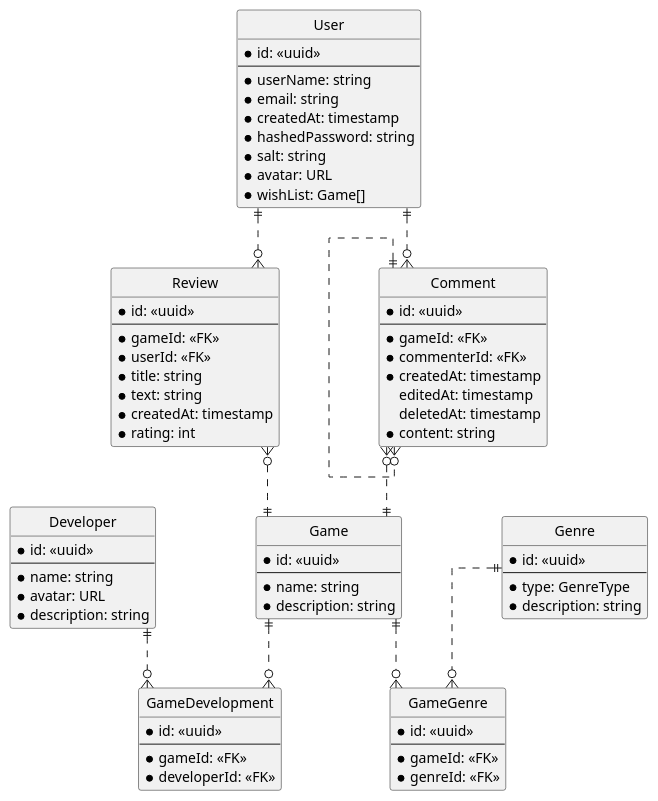
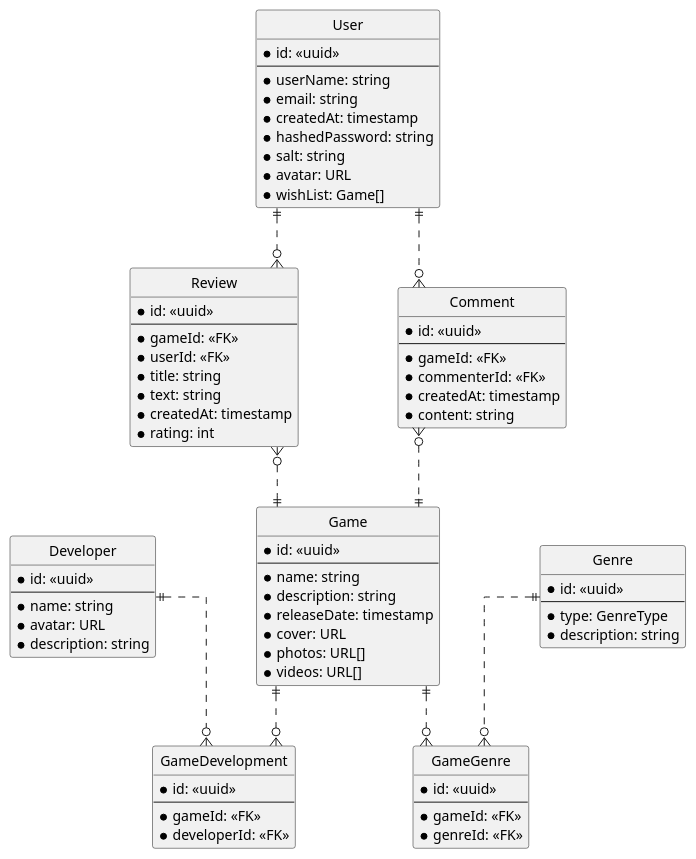
The diagram in ERD/webdev.puml (nouzaj23/Czech-Slovak_Game_Database), drawn with PlantUML before and after one commit. The commit also changed 1 other file, not shown here.

Commit message:
fix(ERD): Updating ERD

```diff
--- a/ERD/webdev.puml
+++ b/ERD/webdev.puml
@@ -1,89 +1,90 @@
 @startuml gamedev
 
 hide circle
 skinparam Linetype ortho
 skinparam Ranksep 60
 skinparam Nodesep 100
 
 entity Review {
     * id: <<uuid>>
     ---
     * gameId: <<FK>>
     * userId: <<FK>>
     * title: string
     * text: string
     * createdAt: timestamp
     * rating: int
 }
 
 entity Comment {
     * id: <<uuid>>
     ---
     * gameId: <<FK>>
     * commenterId: <<FK>>
     * createdAt: timestamp
-    editedAt: timestamp
-    deletedAt: timestamp
     * content: string
 }
 
 entity Game {
     * id: <<uuid>>
     ---
     * name: string
     * description: string
+    * releaseDate: timestamp
+    * cover: URL
+    * photos: URL[]
+    * videos: URL[]
 }
 
 entity Developer {
     * id: <<uuid>>
     ---
     * name: string
     * avatar: URL
     * description: string
 }
 
 entity GameDevelopment {
     * id: <<uuid>>
     ---
     * gameId: <<FK>>
     * developerId: <<FK>>
 }
 
 entity GameGenre {
     * id: <<uuid>>
     ---
     * gameId: <<FK>>
     * genreId: <<FK>>
 }
 
 entity User {
     * id: <<uuid>>
     ---
     * userName: string
     * email: string
     * createdAt: timestamp
     * hashedPassword: string
     * salt: string
     * avatar: URL
     * wishList: Game[]
 }
 
 entity Genre {
     * id: <<uuid>>
     ---
     * type: GenreType
     * description: string
 }
 
 Developer||..o{GameDevelopment
 Game||..o{GameDevelopment
 Game||..o{GameGenre
 Genre||..o{GameGenre
 Review}o..||Game
 User||..o{Review
 Comment}o..||Game
 User||..o{Comment
-Comment||..o{Comment
 
 
 @enduml
```
